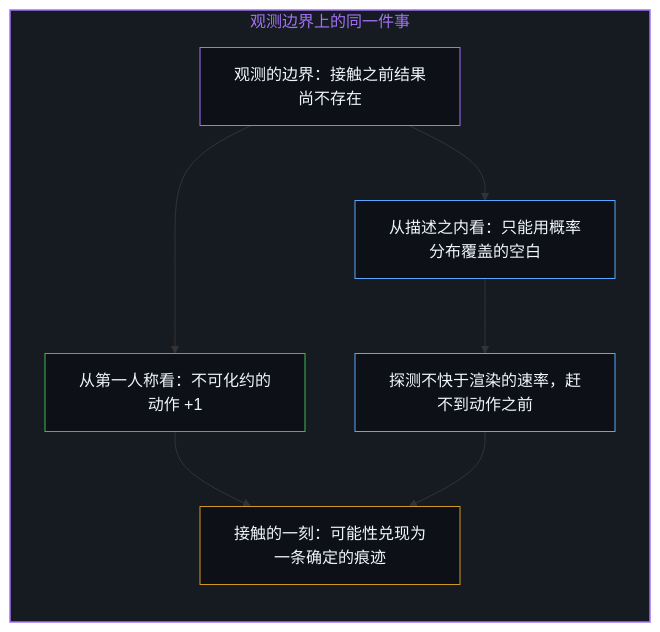
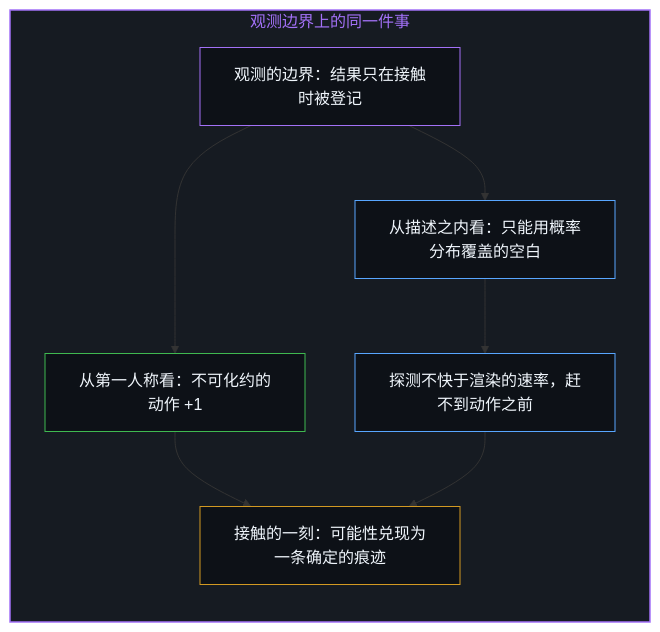
The fifth of 12 diagrams in content/posts/when-electrons-think.md (powerpig99/not-a-toe), drawn with Mermaid before and after one commit. The commit also changed other lines of this file and 27 other files, not shown here.

````diff
--- a/content/posts/when-electrons-think.md
+++ b/content/posts/when-electrons-think.md
@@ -161,23 +157,22 @@
 ```mermaid
 flowchart TD
     subgraph S_Faces["观测边界上的同一件事"]
         direction TB
-        Edge["观测的边界：接触之前结果尚不存在"]
+        Edge["观测的边界：结果只在接触时被登记"]
         First["从第一人称看：不可化约的动作 +1"]
         Third["从描述之内看：只能用概率分布覆盖的空白"]
         Probe["探测不快于渲染的速率，赶不到动作之前"]
         Trace["接触的一刻：可能性兑现为一条确定的痕迹"]
         Edge --> First
         Edge --> Third
         Third --> Probe
         First --> Trace
         Probe --> Trace
     end
-
     style S_Faces fill:#161b22,stroke:#a371f7,stroke-width:1.5px,color:#a371f7
     style Edge fill:#0d1117,stroke:#a371f7,stroke-width:1px,color:#f0f6fc
     style First fill:#0d1117,stroke:#3fb950,stroke-width:1px,color:#f0f6fc
     style Third fill:#0d1117,stroke:#58a6ff,stroke-width:1px,color:#f0f6fc
     style Probe fill:#0d1117,stroke:#58a6ff,stroke-width:1px,color:#f0f6fc
     style Trace fill:#0d1117,stroke:#d29922,stroke-width:1px,color:#f0f6fc
 ```
````
